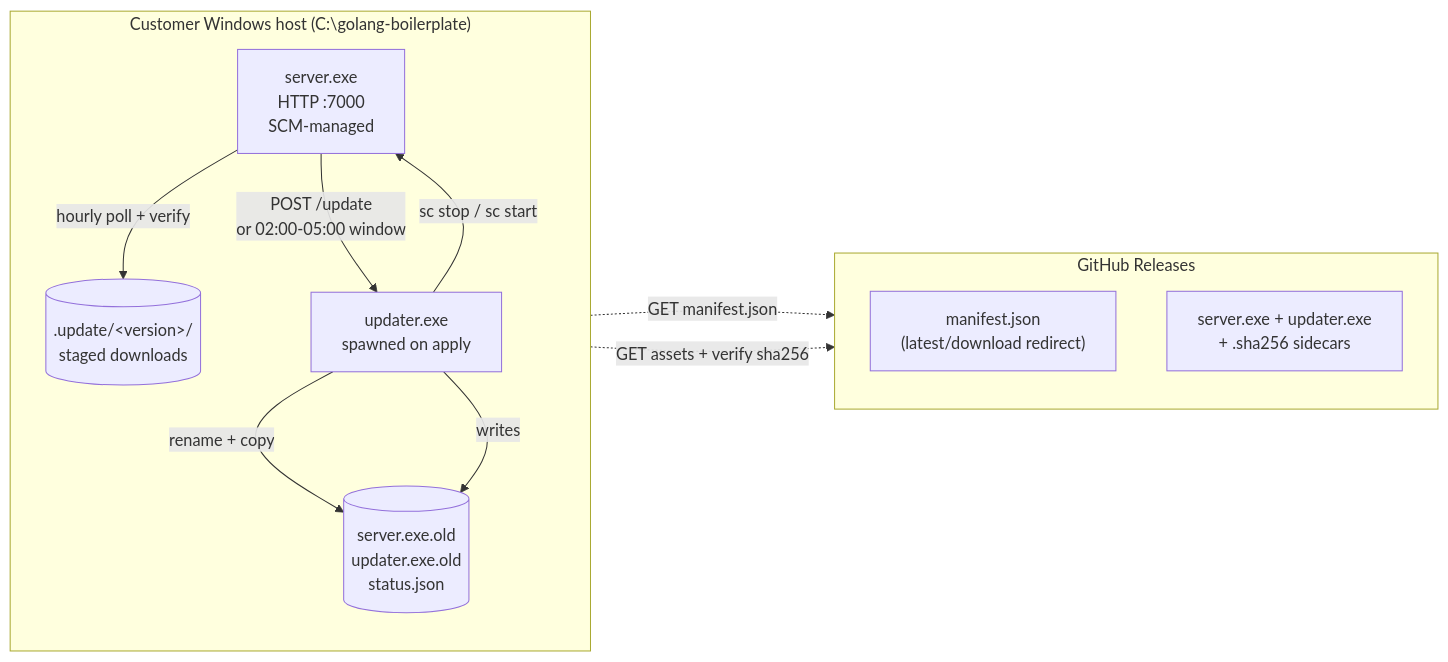
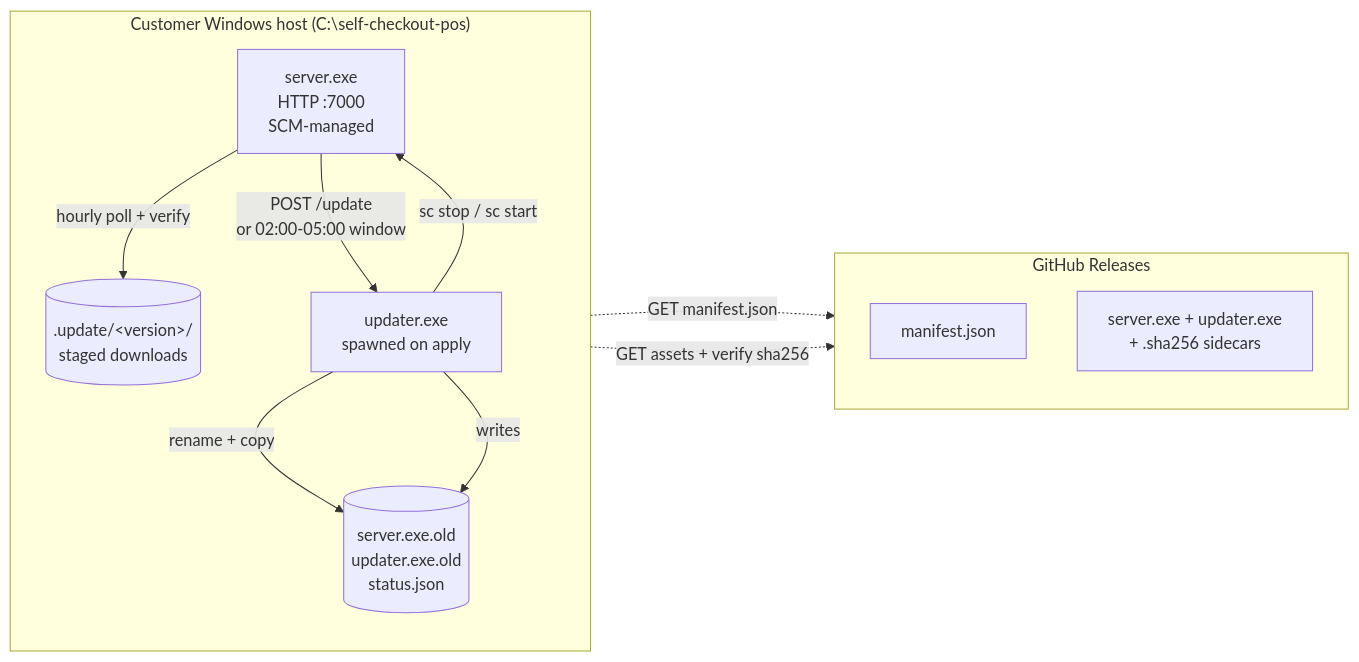
Before and after one commit to tqrcisio/self-checkout-pos: the first of 3 diagrams in README.md, drawn with Mermaid. The commit also changed other lines of this file and 8 other files, not shown here.

First line of the commit message:
chore: rename module to self-checkout-pos

````diff
--- a/README.md
+++ b/README.md
@@ -14,22 +7,22 @@
 ```mermaid
 flowchart LR
-    subgraph host["Customer Windows host (C:\golang-boilerplate)"]
+    subgraph host["Customer Windows host (C:\self-checkout-pos)"]
         direction TB
         svc["server.exe<br/>HTTP :7000<br/>SCM-managed"]
         upd["updater.exe<br/>spawned on apply"]
         stage[(".update/&lt;version&gt;/<br/>staged downloads")]
         live[("server.exe.old<br/>updater.exe.old<br/>status.json")]
         svc -- "hourly poll + verify" --> stage
         svc -- "POST /update<br/>or 02:00-05:00 window" --> upd
         upd -- "sc stop / sc start" --> svc
         upd -- "rename + copy" --> live
         upd -- "writes" --> live
     end
     subgraph gh["GitHub Releases"]
         direction TB
-        man["manifest.json<br/>(latest/download redirect)"]
+        man["manifest.json"]
         bin["server.exe + updater.exe<br/>+ .sha256 sidecars"]
     end
     svc -. "GET manifest.json" .-> man
     svc -. "GET assets + verify sha256" .-> bin
 ```
````
